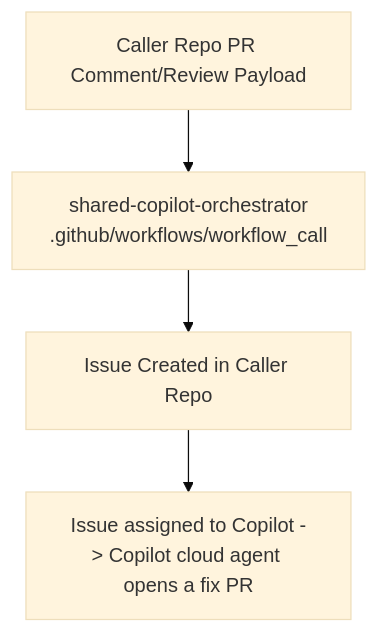
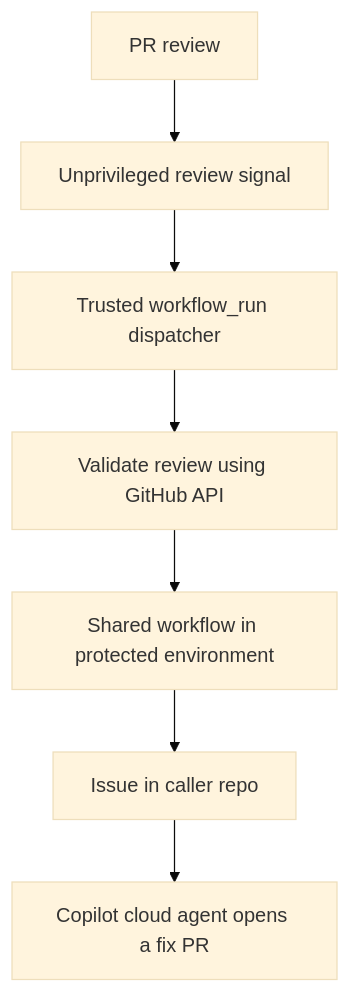
One commit to DownAtTheBottomOfTheMoleHole/shared-copilot-orchestrator changed the diagram in README.md. Above: the diagram before and after it, drawn with Mermaid (base theme). The commit also changed other lines of this file and 1 other file, not shown here.

Commit message:
security(orchestrator): isolate token in protected environment

````diff
--- a/README.md
+++ b/README.md
@@ -15,6 +15,9 @@
 ```mermaid
 flowchart TD
-    A[Caller Repo PR Comment/Review Payload] --> B[shared-copilot-orchestrator<br>.github/workflows/workflow_call]
-    B --> C[Issue Created in Caller Repo]
-    C --> D["Issue assigned to Copilot -> Copilot cloud agent opens a fix PR"]
+    A[PR review] --> B[Unprivileged review signal]
+    B --> C[Trusted workflow_run dispatcher]
+    C --> D[Validate review using GitHub API]
+    D --> E[Shared workflow in protected environment]
+    E --> F[Issue in caller repo]
+    F --> G[Copilot cloud agent opens a fix PR]
 ```
````
